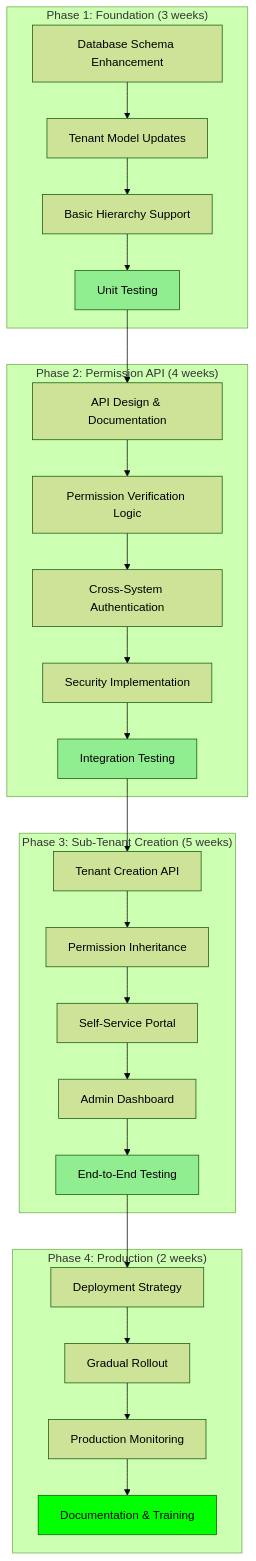
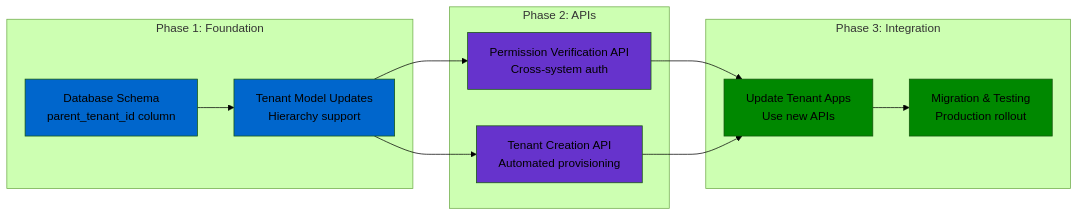
Before and after one commit to hi-dil/SSO-POC: diagram 20 of 21 in docs/architecture/challenges-and-solutions.md, drawn with Mermaid (forest theme). The commit also changed other lines of this file, not shown here.

````diff
--- a/docs/architecture/challenges-and-solutions.md
+++ b/docs/architecture/challenges-and-solutions.md
@@ -973,49 +751,29 @@
 ```mermaid
-flowchart TD
-    subgraph "Phase 1: Foundation (3 weeks)"
-        P1A[Database Schema Enhancement]
-        P1B[Tenant Model Updates]
-        P1C[Basic Hierarchy Support]
-        P1D[Unit Testing]
-        
-        P1A --> P1B --> P1C --> P1D
+graph LR
+    subgraph "Phase 1: Foundation"
+        P1A[Database Schema<br/>parent_tenant_id column]
+        P1B[Tenant Model Updates<br/>Hierarchy support]
     end
     
-    subgraph "Phase 2: Permission API (4 weeks)"
-        P2A[API Design & Documentation]
-        P2B[Permission Verification Logic]
-        P2C[Cross-System Authentication]
-        P2D[Security Implementation]
-        P2E[Integration Testing]
-        
-        P2A --> P2B --> P2C --> P2D --> P2E
+    subgraph "Phase 2: APIs"
+        P2A[Permission Verification API<br/>Cross-system auth]
+        P2B[Tenant Creation API<br/>Automated provisioning]
     end
     
-    subgraph "Phase 3: Sub-Tenant Creation (5 weeks)"
-        P3A[Tenant Creation API]
-        P3B[Permission Inheritance]
-        P3C[Self-Service Portal]
-        P3D[Admin Dashboard]
-        P3E[End-to-End Testing]
-        
-        P3A --> P3B --> P3C --> P3D --> P3E
+    subgraph "Phase 3: Integration"
+        P3A[Update Tenant Apps<br/>Use new APIs]
+        P3B[Migration & Testing<br/>Production rollout]
     end
     
-    subgraph "Phase 4: Production (2 weeks)"
-        P4A[Deployment Strategy]
-        P4B[Gradual Rollout]
-        P4C[Production Monitoring]
-        P4D[Documentation & Training]
-        
-        P4A --> P4B --> P4C --> P4D
-    end
+    P1A --> P1B --> P2A
+    P1B --> P2B
+    P2A --> P3A
+    P2B --> P3A --> P3B
     
-    P1D --> P2A
-    P2E --> P3A
-    P3E --> P4A
-    
-    style P1D fill:#90EE90
-    style P2E fill:#90EE90
-    style P3E fill:#90EE90
-    style P4D fill:#00ff00
+    style P1A fill:#0066cc
+    style P1B fill:#0066cc
+    style P2A fill:#6633cc
+    style P2B fill:#6633cc
+    style P3A fill:#008800
+    style P3B fill:#008800
 ```
````
